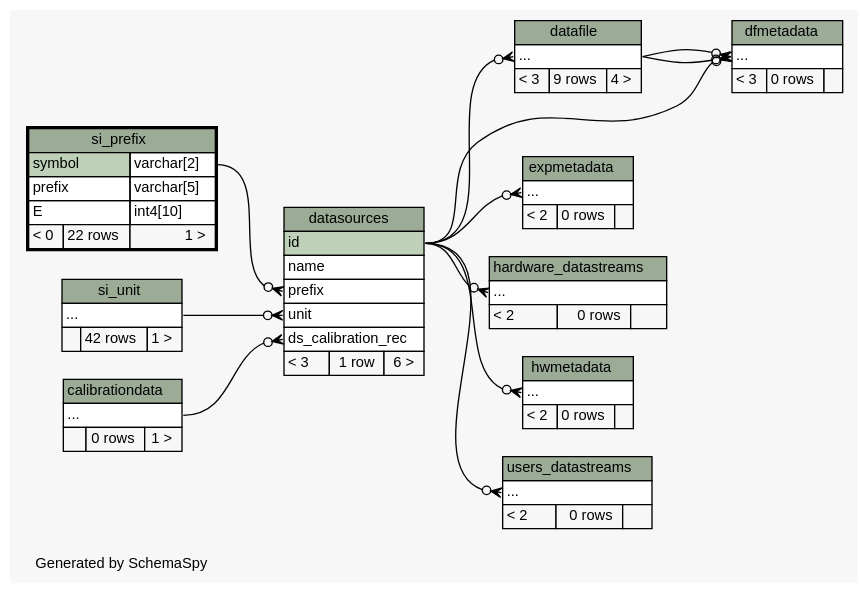
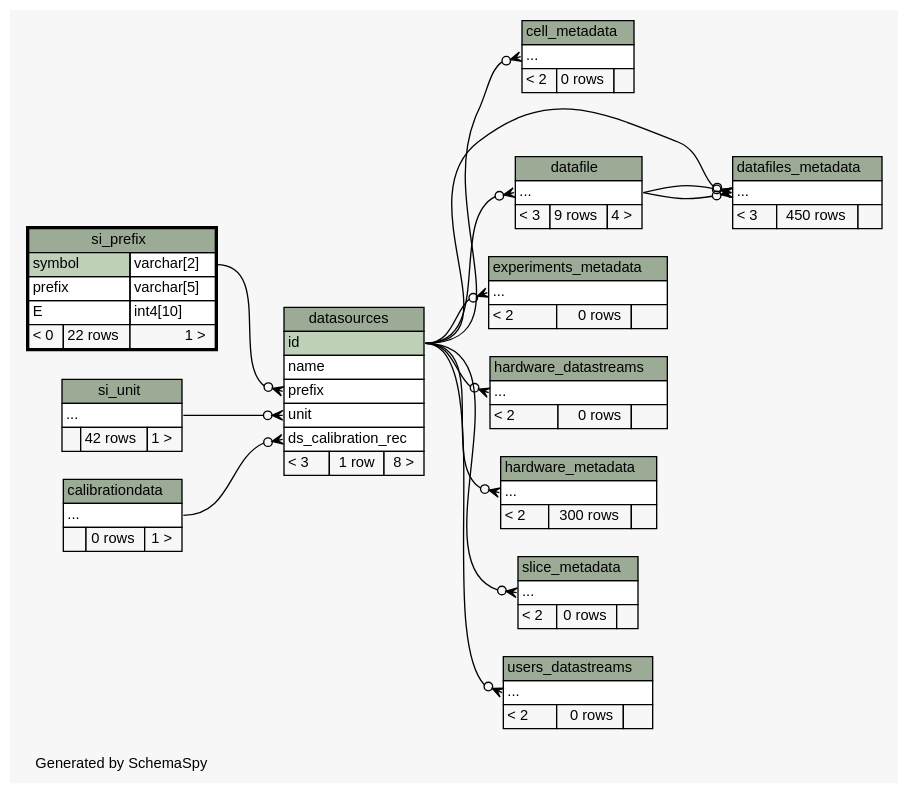
One commit to tgbugs/mlab changed the diagram in database/ss/diagrams/si_prefix.2degrees.dot. Above: the diagram before and after it, drawn with Graphviz. The commit also changed 153 other files, not shown here.

Commit message:
fleshing out the patch and slice experiments so I can work on cells which are going to need a rethink since each subject can have multiple datafiles which sucks since it ends up being a many to many ;_;

```diff
--- a/database/ss/diagrams/si_prefix.2degrees.dot
+++ b/database/ss/diagrams/si_prefix.2degrees.dot
@@ -1,139 +1,161 @@
 // dot 2.32.0 on Windows 7 6.1
 // SchemaSpy rev 590
 digraph "twoDegreesRelationshipsDiagram" {
   graph [
     rankdir="RL"
     bgcolor="#f7f7f7"
     label="\nGenerated by SchemaSpy"
     labeljust="l"
     nodesep="0.18"
     ranksep="0.46"
     fontname="Helvetica"
     fontsize="11"
   ];
   node [
     fontname="Helvetica"
     fontsize="11"
     shape="plaintext"
   ];
   edge [
     arrowsize="0.8"
   ];
+  "cell_metadata":"elipses":w -> "datasources":"id":e [arrowhead=none dir=back arrowtail=crowodot];
   "datafile":"elipses":w -> "datasources":"id":e [arrowhead=none dir=back arrowtail=crowodot];
+  "datafiles_metadata":"elipses":w -> "datasources":"id":e [arrowhead=none dir=back arrowtail=crowodot];
+  "datafiles_metadata":"elipses":w -> "datafile":"elipses":e [arrowhead=none dir=back arrowtail=crowodot];
+  "datafiles_metadata":"elipses":w -> "datafile":"elipses":e [arrowhead=none dir=back arrowtail=crowodot];
   "datasources":"ds_calibration_rec":w -> "calibrationdata":"elipses":e [arrowhead=none dir=back arrowtail=crowodot];
   "datasources":"prefix":w -> "si_prefix":"symbol.type":e [arrowhead=none dir=back arrowtail=crowodot];
   "datasources":"unit":w -> "si_unit":"elipses":e [arrowhead=none dir=back arrowtail=crowodot];
-  "dfmetadata":"elipses":w -> "datasources":"id":e [arrowhead=none dir=back arrowtail=crowodot];
-  "dfmetadata":"elipses":w -> "datafile":"elipses":e [arrowhead=none dir=back arrowtail=crowodot];
-  "dfmetadata":"elipses":w -> "datafile":"elipses":e [arrowhead=none dir=back arrowtail=crowodot];
-  "expmetadata":"elipses":w -> "datasources":"id":e [arrowhead=none dir=back arrowtail=crowodot];
+  "experiments_metadata":"elipses":w -> "datasources":"id":e [arrowhead=none dir=back arrowtail=crowodot];
   "hardware_datastreams":"elipses":w -> "datasources":"id":e [arrowhead=none dir=back arrowtail=crowodot];
-  "hwmetadata":"elipses":w -> "datasources":"id":e [arrowhead=none dir=back arrowtail=crowodot];
+  "hardware_metadata":"elipses":w -> "datasources":"id":e [arrowhead=none dir=back arrowtail=crowodot];
+  "slice_metadata":"elipses":w -> "datasources":"id":e [arrowhead=none dir=back arrowtail=crowodot];
   "users_datastreams":"elipses":w -> "datasources":"id":e [arrowhead=none dir=back arrowtail=crowodot];
   "calibrationdata" [
     label=<
     <TABLE BORDER="0" CELLBORDER="1" CELLSPACING="0" BGCOLOR="#ffffff">
       <TR><TD COLSPAN="3" BGCOLOR="#9bab96" ALIGN="CENTER">calibrationdata</TD></TR>
       <TR><TD PORT="elipses" COLSPAN="3" ALIGN="LEFT">...</TD></TR>
       <TR><TD ALIGN="LEFT" BGCOLOR="#f7f7f7">  </TD><TD ALIGN="RIGHT" BGCOLOR="#f7f7f7">0 rows</TD><TD ALIGN="RIGHT" BGCOLOR="#f7f7f7">1 &gt;</TD></TR>
     </TABLE>>
     URL="calibrationdata.html"
     tooltip="calibrationdata"
   ];
+  "cell_metadata" [
+    label=<
+    <TABLE BORDER="0" CELLBORDER="1" CELLSPACING="0" BGCOLOR="#ffffff">
+      <TR><TD COLSPAN="3" BGCOLOR="#9bab96" ALIGN="CENTER">cell_metadata</TD></TR>
+      <TR><TD PORT="elipses" COLSPAN="3" ALIGN="LEFT">...</TD></TR>
+      <TR><TD ALIGN="LEFT" BGCOLOR="#f7f7f7">&lt; 2</TD><TD ALIGN="RIGHT" BGCOLOR="#f7f7f7">0 rows</TD><TD ALIGN="RIGHT" BGCOLOR="#f7f7f7">  </TD></TR>
+    </TABLE>>
+    URL="cell_metadata.html"
+    tooltip="cell_metadata"
+  ];
   "datafile" [
     label=<
     <TABLE BORDER="0" CELLBORDER="1" CELLSPACING="0" BGCOLOR="#ffffff">
       <TR><TD COLSPAN="3" BGCOLOR="#9bab96" ALIGN="CENTER">datafile</TD></TR>
       <TR><TD PORT="elipses" COLSPAN="3" ALIGN="LEFT">...</TD></TR>
       <TR><TD ALIGN="LEFT" BGCOLOR="#f7f7f7">&lt; 3</TD><TD ALIGN="RIGHT" BGCOLOR="#f7f7f7">9 rows</TD><TD ALIGN="RIGHT" BGCOLOR="#f7f7f7">4 &gt;</TD></TR>
     </TABLE>>
     URL="datafile.html"
     tooltip="datafile"
   ];
+  "datafiles_metadata" [
+    label=<
+    <TABLE BORDER="0" CELLBORDER="1" CELLSPACING="0" BGCOLOR="#ffffff">
+      <TR><TD COLSPAN="3" BGCOLOR="#9bab96" ALIGN="CENTER">datafiles_metadata</TD></TR>
+      <TR><TD PORT="elipses" COLSPAN="3" ALIGN="LEFT">...</TD></TR>
+      <TR><TD ALIGN="LEFT" BGCOLOR="#f7f7f7">&lt; 3</TD><TD ALIGN="RIGHT" BGCOLOR="#f7f7f7">450 rows</TD><TD ALIGN="RIGHT" BGCOLOR="#f7f7f7">  </TD></TR>
+    </TABLE>>
+    URL="datafiles_metadata.html"
+    tooltip="datafiles_metadata"
+  ];
   "datasources" [
     label=<
     <TABLE BORDER="0" CELLBORDER="1" CELLSPACING="0" BGCOLOR="#ffffff">
       <TR><TD COLSPAN="3" BGCOLOR="#9bab96" ALIGN="CENTER">datasources</TD></TR>
       <TR><TD PORT="id" COLSPAN="3" BGCOLOR="#bed1b8" ALIGN="LEFT">id</TD></TR>
       <TR><TD PORT="name" COLSPAN="3" ALIGN="LEFT">name</TD></TR>
       <TR><TD PORT="prefix" COLSPAN="3" ALIGN="LEFT">prefix</TD></TR>
       <TR><TD PORT="unit" COLSPAN="3" ALIGN="LEFT">unit</TD></TR>
       <TR><TD PORT="ds_calibration_rec" COLSPAN="3" ALIGN="LEFT">ds_calibration_rec</TD></TR>
-      <TR><TD ALIGN="LEFT" BGCOLOR="#f7f7f7">&lt; 3</TD><TD ALIGN="RIGHT" BGCOLOR="#f7f7f7">1 row</TD><TD ALIGN="RIGHT" BGCOLOR="#f7f7f7">6 &gt;</TD></TR>
+      <TR><TD ALIGN="LEFT" BGCOLOR="#f7f7f7">&lt; 3</TD><TD ALIGN="RIGHT" BGCOLOR="#f7f7f7">1 row</TD><TD ALIGN="RIGHT" BGCOLOR="#f7f7f7">8 &gt;</TD></TR>
     </TABLE>>
     URL="datasources.html"
     tooltip="datasources"
   ];
-  "dfmetadata" [
+  "experiments_metadata" [
     label=<
     <TABLE BORDER="0" CELLBORDER="1" CELLSPACING="0" BGCOLOR="#ffffff">
-      <TR><TD COLSPAN="3" BGCOLOR="#9bab96" ALIGN="CENTER">dfmetadata</TD></TR>
-      <TR><TD PORT="elipses" COLSPAN="3" ALIGN="LEFT">...</TD></TR>
-      <TR><TD ALIGN="LEFT" BGCOLOR="#f7f7f7">&lt; 3</TD><TD ALIGN="RIGHT" BGCOLOR="#f7f7f7">0 rows</TD><TD ALIGN="RIGHT" BGCOLOR="#f7f7f7">  </TD></TR>
-    </TABLE>>
-    URL="dfmetadata.html"
-    tooltip="dfmetadata"
-  ];
-  "expmetadata" [
-    label=<
-    <TABLE BORDER="0" CELLBORDER="1" CELLSPACING="0" BGCOLOR="#ffffff">
-      <TR><TD COLSPAN="3" BGCOLOR="#9bab96" ALIGN="CENTER">expmetadata</TD></TR>
+      <TR><TD COLSPAN="3" BGCOLOR="#9bab96" ALIGN="CENTER">experiments_metadata</TD></TR>
       <TR><TD PORT="elipses" COLSPAN="3" ALIGN="LEFT">...</TD></TR>
       <TR><TD ALIGN="LEFT" BGCOLOR="#f7f7f7">&lt; 2</TD><TD ALIGN="RIGHT" BGCOLOR="#f7f7f7">0 rows</TD><TD ALIGN="RIGHT" BGCOLOR="#f7f7f7">  </TD></TR>
     </TABLE>>
-    URL="expmetadata.html"
-    tooltip="expmetadata"
+    URL="experiments_metadata.html"
+    tooltip="experiments_metadata"
   ];
   "hardware_datastreams" [
     label=<
     <TABLE BORDER="0" CELLBORDER="1" CELLSPACING="0" BGCOLOR="#ffffff">
       <TR><TD COLSPAN="3" BGCOLOR="#9bab96" ALIGN="CENTER">hardware_datastreams</TD></TR>
       <TR><TD PORT="elipses" COLSPAN="3" ALIGN="LEFT">...</TD></TR>
       <TR><TD ALIGN="LEFT" BGCOLOR="#f7f7f7">&lt; 2</TD><TD ALIGN="RIGHT" BGCOLOR="#f7f7f7">0 rows</TD><TD ALIGN="RIGHT" BGCOLOR="#f7f7f7">  </TD></TR>
     </TABLE>>
     URL="hardware_datastreams.html"
     tooltip="hardware_datastreams"
   ];
-  "hwmetadata" [
+  "hardware_metadata" [
     label=<
     <TABLE BORDER="0" CELLBORDER="1" CELLSPACING="0" BGCOLOR="#ffffff">
-      <TR><TD COLSPAN="3" BGCOLOR="#9bab96" ALIGN="CENTER">hwmetadata</TD></TR>
+      <TR><TD COLSPAN="3" BGCOLOR="#9bab96" ALIGN="CENTER">hardware_metadata</TD></TR>
       <TR><TD PORT="elipses" COLSPAN="3" ALIGN="LEFT">...</TD></TR>
-      <TR><TD ALIGN="LEFT" BGCOLOR="#f7f7f7">&lt; 2</TD><TD ALIGN="RIGHT" BGCOLOR="#f7f7f7">0 rows</TD><TD ALIGN="RIGHT" BGCOLOR="#f7f7f7">  </TD></TR>
+      <TR><TD ALIGN="LEFT" BGCOLOR="#f7f7f7">&lt; 2</TD><TD ALIGN="RIGHT" BGCOLOR="#f7f7f7">300 rows</TD><TD ALIGN="RIGHT" BGCOLOR="#f7f7f7">  </TD></TR>
     </TABLE>>
-    URL="hwmetadata.html"
-    tooltip="hwmetadata"
+    URL="hardware_metadata.html"
+    tooltip="hardware_metadata"
   ];
   "si_prefix" [
     label=<
     <TABLE BORDER="2" CELLBORDER="1" CELLSPACING="0" BGCOLOR="#ffffff">
       <TR><TD COLSPAN="3" BGCOLOR="#9bab96" ALIGN="CENTER">si_prefix</TD></TR>
       <TR><TD PORT="symbol" COLSPAN="2" BGCOLOR="#bed1b8" ALIGN="LEFT">symbol</TD><TD PORT="symbol.type" ALIGN="LEFT">varchar[2]</TD></TR>
       <TR><TD PORT="prefix" COLSPAN="2" ALIGN="LEFT">prefix</TD><TD PORT="prefix.type" ALIGN="LEFT">varchar[5]</TD></TR>
       <TR><TD PORT="E" COLSPAN="2" ALIGN="LEFT">E</TD><TD PORT="E.type" ALIGN="LEFT">int4[10]</TD></TR>
       <TR><TD ALIGN="LEFT" BGCOLOR="#f7f7f7">&lt; 0</TD><TD ALIGN="RIGHT" BGCOLOR="#f7f7f7">22 rows</TD><TD ALIGN="RIGHT" BGCOLOR="#f7f7f7">1 &gt;</TD></TR>
     </TABLE>>
     URL="si_prefix.html"
     tooltip="si_prefix"
   ];
   "si_unit" [
     label=<
     <TABLE BORDER="0" CELLBORDER="1" CELLSPACING="0" BGCOLOR="#ffffff">
       <TR><TD COLSPAN="3" BGCOLOR="#9bab96" ALIGN="CENTER">si_unit</TD></TR>
       <TR><TD PORT="elipses" COLSPAN="3" ALIGN="LEFT">...</TD></TR>
       <TR><TD ALIGN="LEFT" BGCOLOR="#f7f7f7">  </TD><TD ALIGN="RIGHT" BGCOLOR="#f7f7f7">42 rows</TD><TD ALIGN="RIGHT" BGCOLOR="#f7f7f7">1 &gt;</TD></TR>
     </TABLE>>
     URL="si_unit.html"
     tooltip="si_unit"
   ];
+  "slice_metadata" [
+    label=<
+    <TABLE BORDER="0" CELLBORDER="1" CELLSPACING="0" BGCOLOR="#ffffff">
+      <TR><TD COLSPAN="3" BGCOLOR="#9bab96" ALIGN="CENTER">slice_metadata</TD></TR>
+      <TR><TD PORT="elipses" COLSPAN="3" ALIGN="LEFT">...</TD></TR>
+      <TR><TD ALIGN="LEFT" BGCOLOR="#f7f7f7">&lt; 2</TD><TD ALIGN="RIGHT" BGCOLOR="#f7f7f7">0 rows</TD><TD ALIGN="RIGHT" BGCOLOR="#f7f7f7">  </TD></TR>
+    </TABLE>>
+    URL="slice_metadata.html"
+    tooltip="slice_metadata"
+  ];
   "users_datastreams" [
     label=<
     <TABLE BORDER="0" CELLBORDER="1" CELLSPACING="0" BGCOLOR="#ffffff">
       <TR><TD COLSPAN="3" BGCOLOR="#9bab96" ALIGN="CENTER">users_datastreams</TD></TR>
       <TR><TD PORT="elipses" COLSPAN="3" ALIGN="LEFT">...</TD></TR>
       <TR><TD ALIGN="LEFT" BGCOLOR="#f7f7f7">&lt; 2</TD><TD ALIGN="RIGHT" BGCOLOR="#f7f7f7">0 rows</TD><TD ALIGN="RIGHT" BGCOLOR="#f7f7f7">  </TD></TR>
     </TABLE>>
     URL="users_datastreams.html"
     tooltip="users_datastreams"
   ];
 }
```
